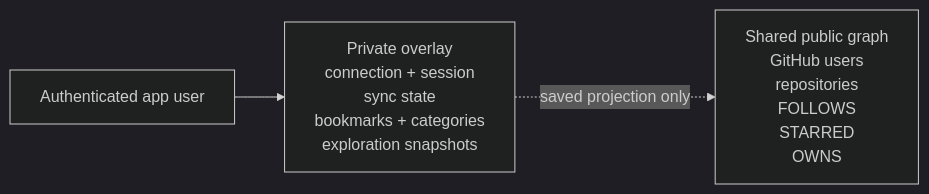
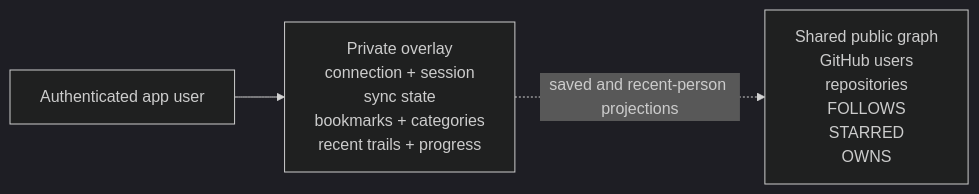
One commit to Paul-M-Kallarackal/gitexplore changed the first of 2 diagrams in docs/data-model.md. Above: the diagram before and after it, drawn with Mermaid (dark theme). The commit also changed other lines of this file and 19 other files, not shown here.

Commit message:
Persist exploration history and speed up graph loading (#10)

````diff
--- a/docs/data-model.md
+++ b/docs/data-model.md
@@ -5,9 +5,9 @@
 ```mermaid
 flowchart LR
     appUser["Authenticated app user"]
-    private["Private overlay\nconnection + session\nsync state\nbookmarks + categories\nexploration snapshots"]
+    private["Private overlay\nconnection + session\nsync state\nbookmarks + categories\nrecent trails + progress"]
     shared["Shared public graph\nGitHub users\nrepositories\nFOLLOWS\nSTARRED\nOWNS"]
 
     appUser --> private
-    private -. "saved projection only" .-> shared
+    private -. "saved and recent-person projections" .-> shared
 ```
````
